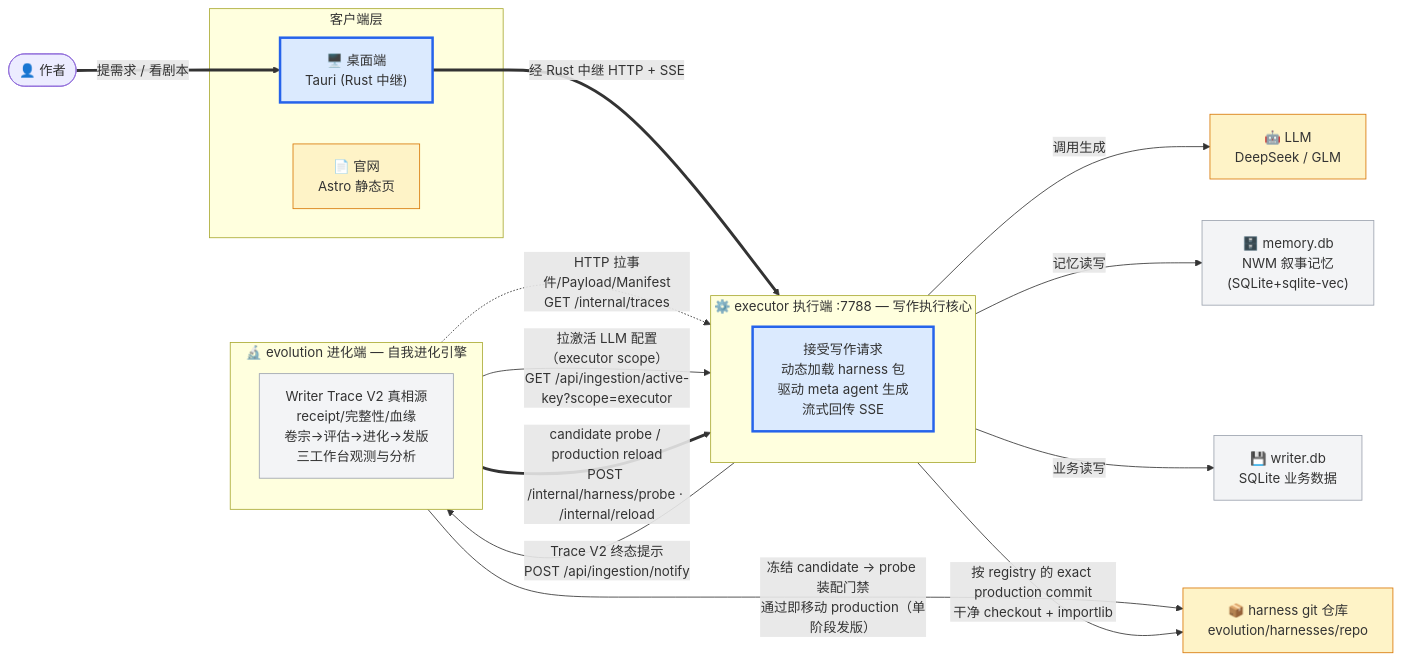
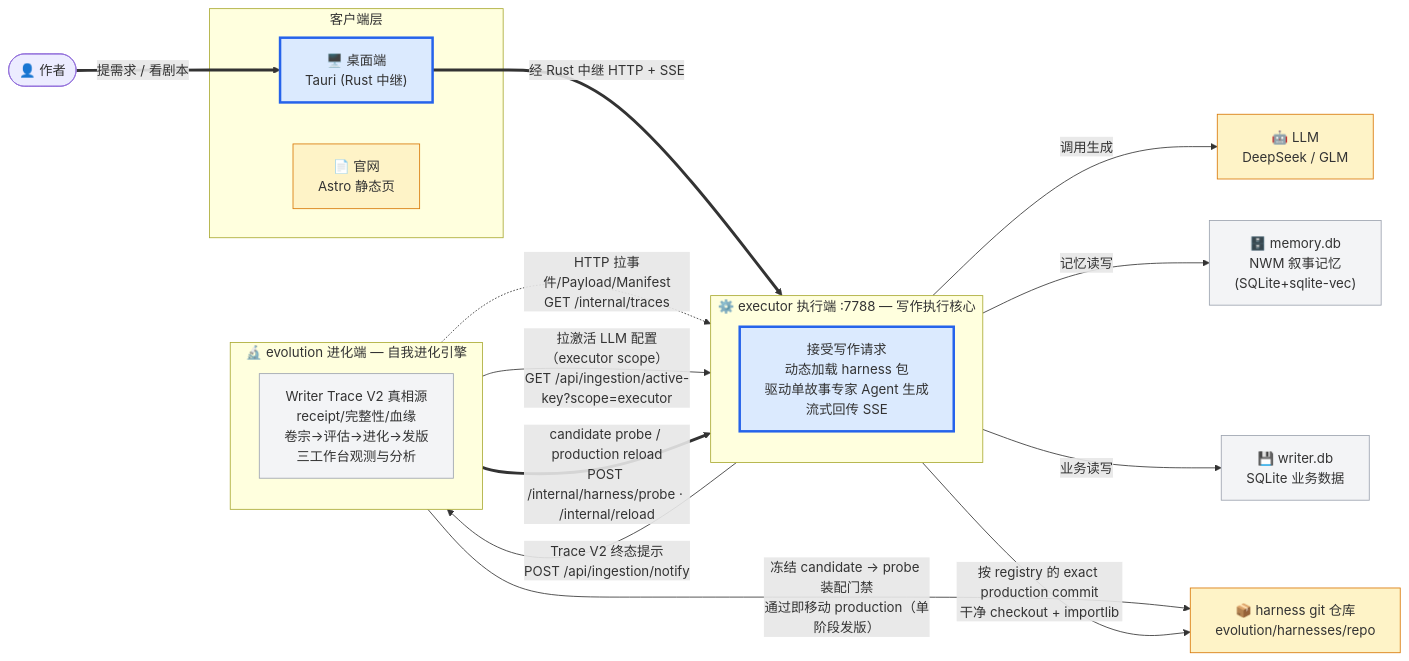
One commit to gaoshoupaper-code/EvoWriter changed the first of 9 diagrams in docs/系统心智模型.md. Above: the diagram before and after it, drawn with Mermaid. The commit also changed other lines of this file and 4 other files, not shown here.

````diff
--- a/docs/系统心智模型.md
+++ b/docs/系统心智模型.md
@@ -43,54 +50,54 @@
 ```mermaid
 flowchart LR
     Author(["👤 作者"])
 
     subgraph Clients["客户端层"]
         Desk["🖥️ 桌面端<br/>Tauri (Rust 中继)"]
         Site["📄 官网<br/>Astro 静态页"]
     end
 
     subgraph EX["⚙️ executor 执行端 :7788 — 写作执行核心"]
         direction TB
-        EX_Core["接受写作请求<br/>动态加载 harness 包<br/>驱动 meta agent 生成<br/>流式回传 SSE"]
+        EX_Core["接受写作请求<br/>动态加载 harness 包<br/>驱动单故事专家 Agent 生成<br/>流式回传 SSE"]
     end
 
     subgraph EV["🔬 evolution 进化端 — 自我进化引擎"]
         direction TB
         EV_Core["Writer Trace V2 真相源<br/>receipt/完整性/血缘<br/>卷宗→评估→进化→发版<br/>三工作台观测与分析"]
     end
 
     LLM["🤖 LLM<br/>DeepSeek / GLM"]
     MemDB["🗄️ memory.db<br/>NWM 叙事记忆<br/>(SQLite+sqlite-vec)"]
     DB["💾 writer.db<br/>SQLite 业务数据"]
     GitRepo["📦 harness git 仓库<br/>evolution/harnesses/repo"]
 
     %% 主线：写作生成全旅途（粗箭头）
     Author ==>|"提需求 / 看剧本"| Desk
     Desk ==>|"经 Rust 中继 HTTP + SSE"| EX_Core
 
     %% executor 调外部
     EX_Core -->|"调用生成"| LLM
     EX_Core -->|"记忆读写"| MemDB
     EX_Core -->|"业务读写"| DB
 
     %% 进化闭环：executor ↔ evolution
     EX_Core -->|"Trace V2 终态提示<br/>POST /api/ingestion/notify"| EV_Core
     EV_Core -.->|"HTTP 拉事件/Payload/Manifest<br/>GET /internal/traces"| EX_Core
     EV_Core -->|"拉激活 LLM 配置（executor scope）<br/>GET /api/ingestion/active-key?scope=executor"| EX_Core
     EV_Core ==>|"candidate probe / production reload<br/>POST /internal/harness/probe · /internal/reload"| EX_Core
 
     %% harness 包加载
     EX_Core -->|"按 registry 的 exact production commit<br/>干净 checkout + importlib"| GitRepo
     EV_Core -->|"冻结 candidate → probe 装配门禁<br/>通过即移动 production（单阶段发版）"| GitRepo
 
     %% 官网独立
     Site
 
     classDef main fill:#dbeafe,stroke:#2563eb,stroke-width:3px
     classDef side fill:#f3f4f6,stroke:#9ca3af
     classDef ext fill:#fef3c7,stroke:#d97706
 
     class Desk,EX_Core main
     class EV_Core,DB,MemDB side
     class LLM,GitRepo,Site ext
 ```
````
